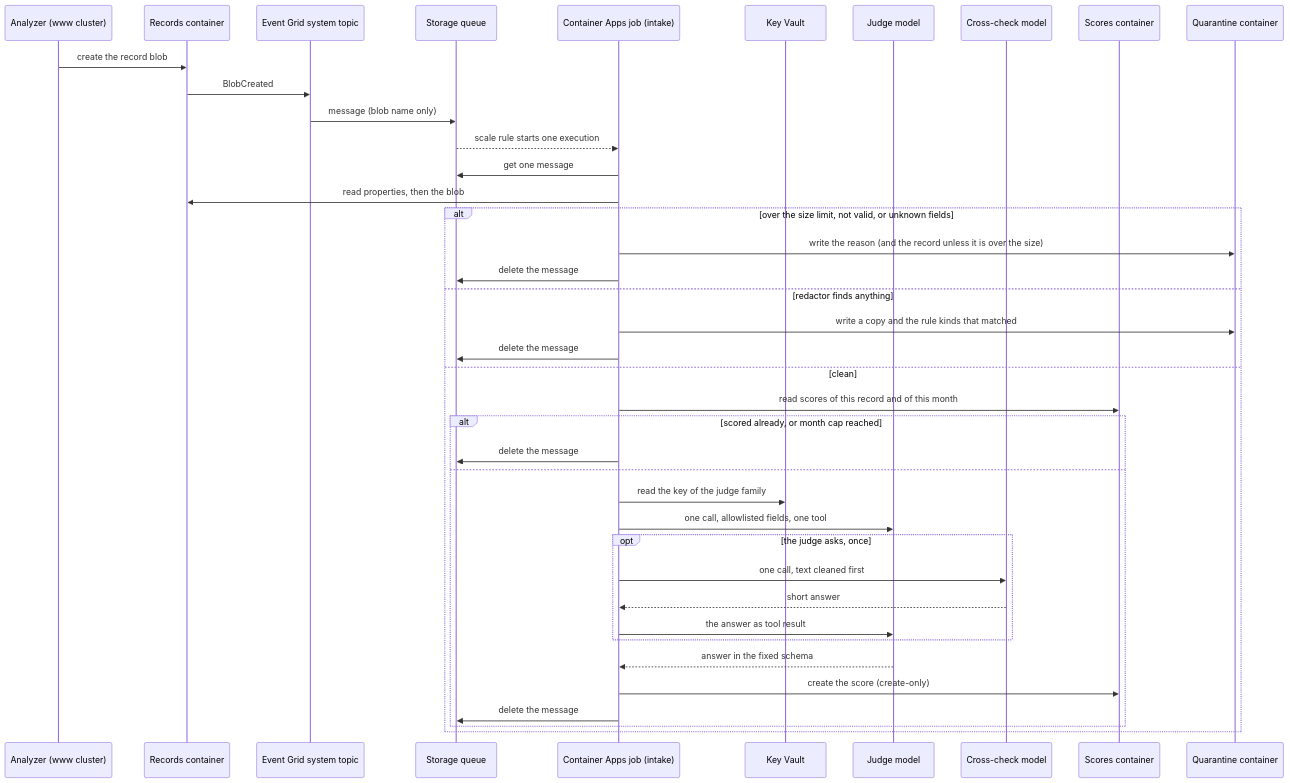
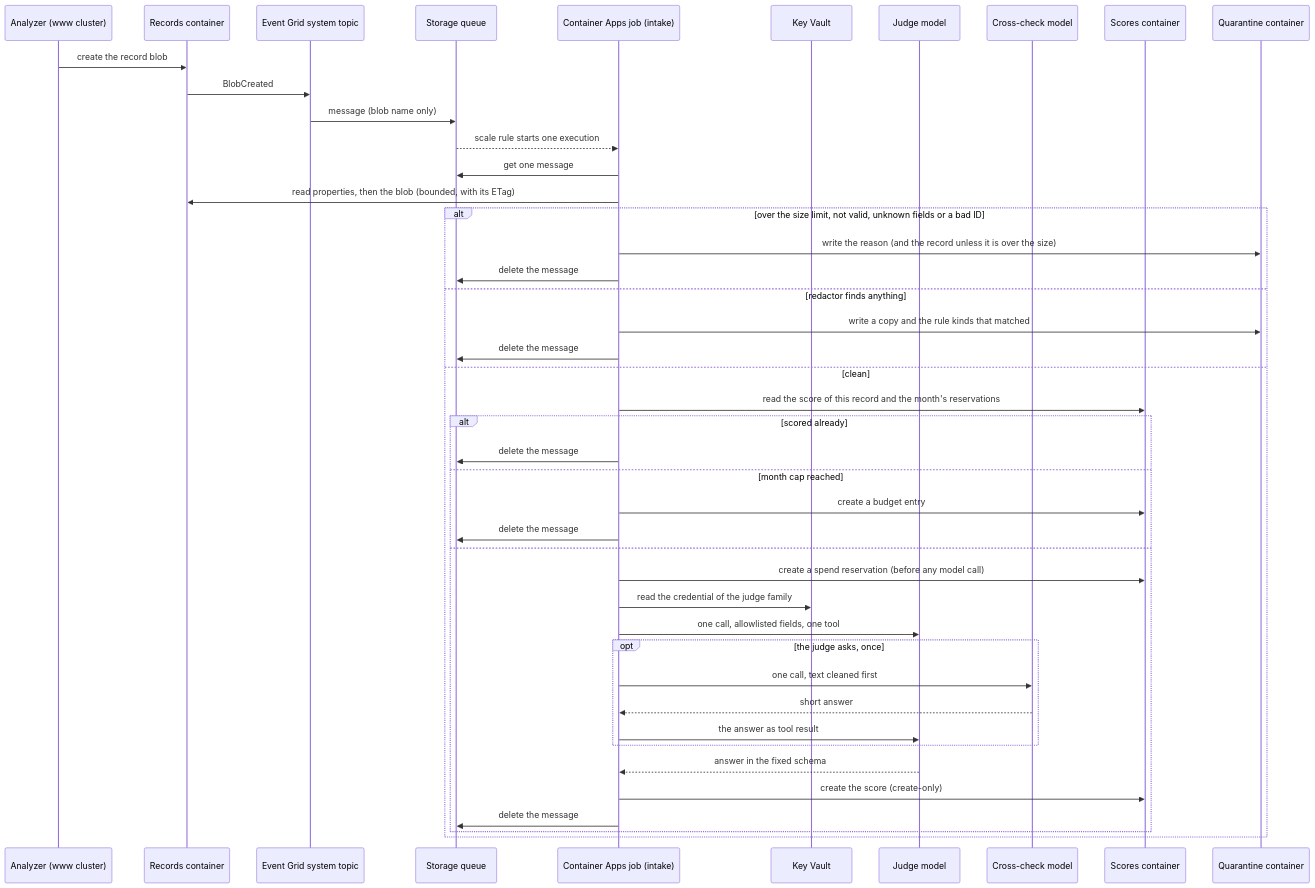
One commit to pkalin/shadewright changed the diagram in docs/adr/0047-scoring-analysis-records-outside-the-cluster.md. Above: the diagram before and after it, drawn with Mermaid. The commit also changed other lines of this file and 1 other file, not shown here.

Commit message:
docs(adr): correct ADR-0047 after review (network path, credentials, month and budget, roles)

````diff
--- a/docs/adr/0047-scoring-analysis-records-outside-the-cluster.md
+++ b/docs/adr/0047-scoring-analysis-records-outside-the-cluster.md
@@ -30,42 +39,46 @@
 ```mermaid
 sequenceDiagram
     participant A as Analyzer (www cluster)
     participant R as Records container
     participant G as Event Grid system topic
     participant Q as Storage queue
     participant J as Container Apps job (intake)
     participant K as Key Vault
     participant M as Judge model
     participant X as Cross-check model
     participant S as Scores container
     participant U as Quarantine container
     A->>R: create the record blob
     R->>G: BlobCreated
     G->>Q: message (blob name only)
     Q-->>J: scale rule starts one execution
     J->>Q: get one message
-    J->>R: read properties, then the blob
-    alt over the size limit, not valid, or unknown fields
+    J->>R: read properties, then the blob (bounded, with its ETag)
+    alt over the size limit, not valid, unknown fields or a bad ID
         J->>U: write the reason (and the record unless it is over the size)
         J->>Q: delete the message
     else redactor finds anything
         J->>U: write a copy and the rule kinds that matched
         J->>Q: delete the message
     else clean
-        J->>S: read scores of this record and of this month
-        alt scored already, or month cap reached
+        J->>S: read the score of this record and the month's reservations
+        alt scored already
+            J->>Q: delete the message
+        else month cap reached
+            J->>S: create a budget entry
             J->>Q: delete the message
         else
-            J->>K: read the key of the judge family
+            J->>S: create a spend reservation (before any model call)
+            J->>K: read the credential of the judge family
             J->>M: one call, allowlisted fields, one tool
             opt the judge asks, once
                 J->>X: one call, text cleaned first
                 X-->>J: short answer
                 J->>M: the answer as tool result
             end
             M-->>J: answer in the fixed schema
             J->>S: create the score (create-only)
             J->>Q: delete the message
         end
     end
 ```
````
